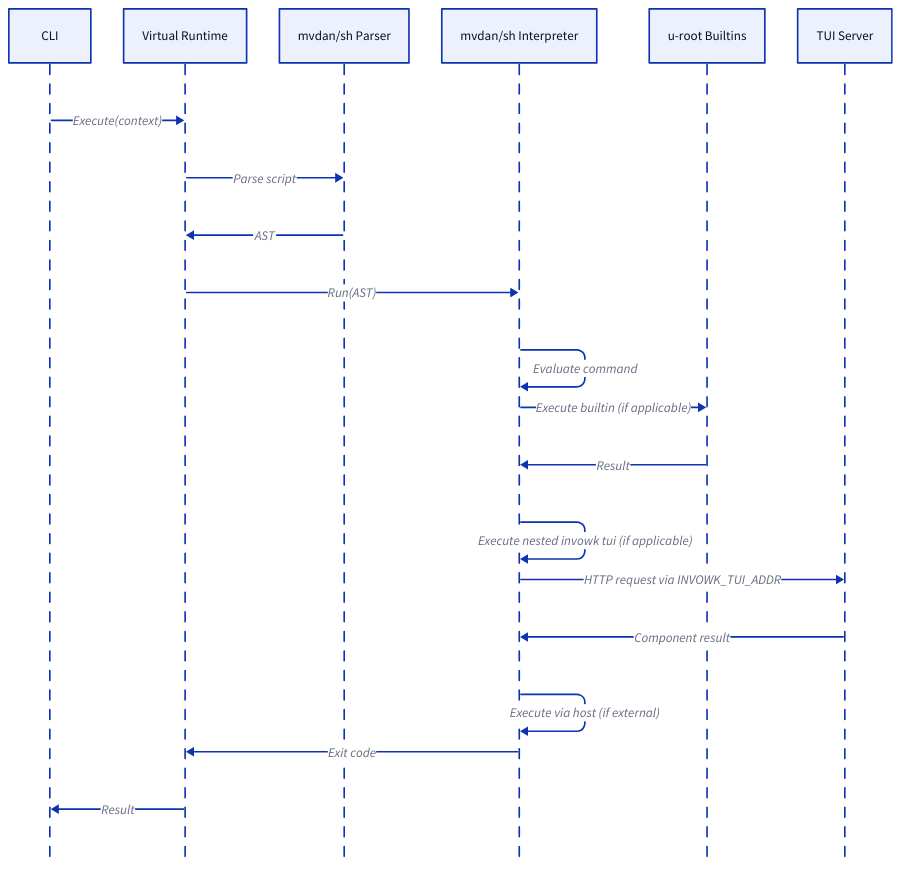
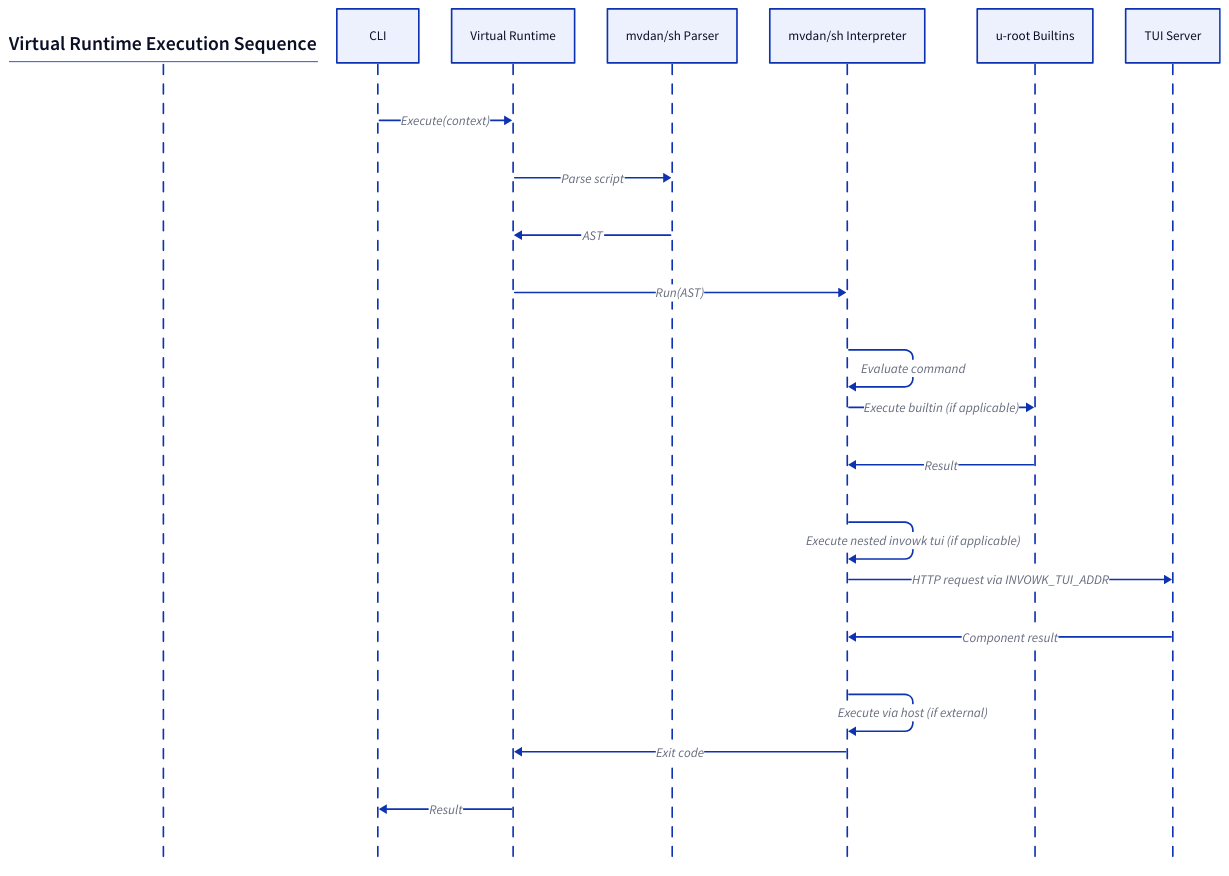
The diagram in docs/diagrams/sequences/execution-virtual.d2 (invowk/invowk), drawn with D2 before and after one commit. The commit also changed 37 other files, not shown here. The source asks for the TALA layout; these drawings use dagre instead.

Commit message:
docs(diagrams): add readability guardrails and refresh d2 guidance (#63)

```diff
--- a/docs/diagrams/sequences/execution-virtual.d2
+++ b/docs/diagrams/sequences/execution-virtual.d2
@@ -1,58 +1,62 @@
 # Virtual Runtime Execution Sequence Diagram
 #
 # Shows the execution flow for the virtual (mvdan/sh) runtime:
 # - Script parsing to AST
 # - Interpretation with builtin handling
 # - TUI requests via nested invowk commands
 #
 # Note: TUI interaction happens when the script executes nested
 # `invowk tui *` commands, which use INVOWK_TUI_ADDR and
 # INVOWK_TUI_TOKEN env vars to communicate with the TUI server.
 #
 # Source: docs/architecture/sequence-execution.md
 
 vars: {
   d2-config: {
     layout-engine: tala
   }
 }
+
+title: |md
+  ## Virtual Runtime Execution Sequence
+|
 
 shape: sequence_diagram
 
 # Participants
 CLI
 VirtualRT: Virtual Runtime
 Parser: mvdan/sh Parser
 Interp: mvdan/sh Interpreter
 Builtins: u-root Builtins
 TUI: TUI Server
 
 # Entry
 CLI -> VirtualRT: Execute(context)
 
 # 1. Parse Phase
 VirtualRT -> Parser: Parse script
 Parser -> VirtualRT: AST
 
 # 2. Interpretation Phase
 VirtualRT -> Interp: Run(AST)
 
 # Command evaluation loop
 Interp -> Interp: Evaluate command
 
 # u-root builtin path
 Interp -> Builtins: Execute builtin (if applicable)
 Builtins -> Interp: Result
 
 # TUI request path (via nested invowk command)
 Interp -> Interp: Execute nested invowk tui (if applicable)
 Interp -> TUI: HTTP request via INVOWK_TUI_ADDR
 TUI -> Interp: Component result
 
 # External command path
 Interp -> Interp: Execute via host (if external)
 
 Interp -> VirtualRT: Exit code
 
 # Return
 VirtualRT -> CLI: Result
```
